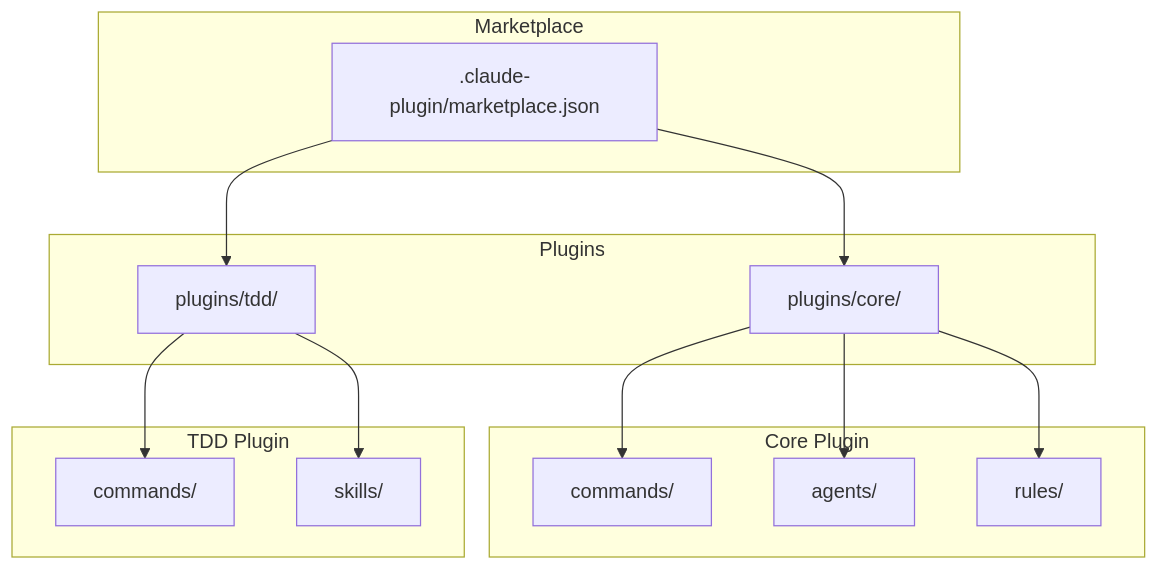
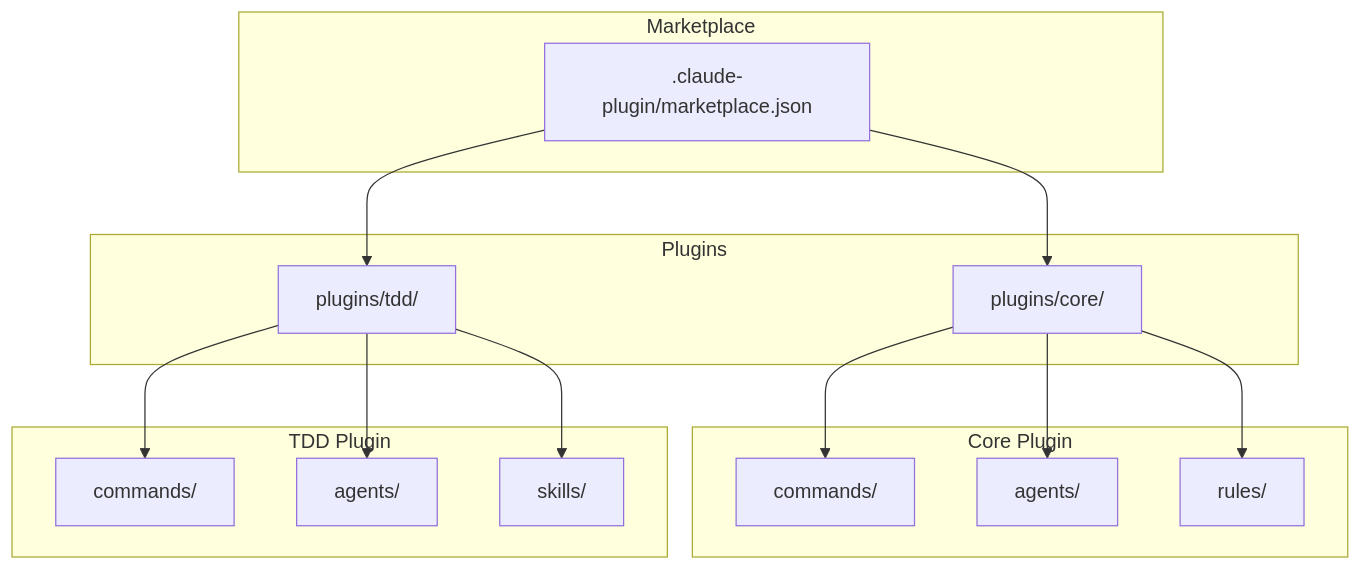
One commit to qmu/workaholic changed the first of 3 diagrams in doc/specs/for-developer/ARCHITECTURE.md. Above: the diagram before and after it, drawn with Mermaid. The commit also changed other lines of this file and 6 other files, not shown here.

````diff
--- a/doc/specs/for-developer/ARCHITECTURE.md
+++ b/doc/specs/for-developer/ARCHITECTURE.md
@@ -14,26 +14,28 @@
 ```mermaid
 flowchart TD
     subgraph Marketplace
         M[.claude-plugin/marketplace.json]
     end
     subgraph Plugins
         P1[plugins/core/]
         P2[plugins/tdd/]
     end
     subgraph Core Plugin
         C1[commands/]
         C2[agents/]
         C3[rules/]
     end
     subgraph TDD Plugin
         T1[commands/]
-        T2[skills/]
+        T2[agents/]
+        T3[skills/]
     end
     M --> P1
     M --> P2
     P1 --> C1
     P1 --> C2
     P1 --> C3
     P2 --> T1
     P2 --> T2
+    P2 --> T3
 ```
````
